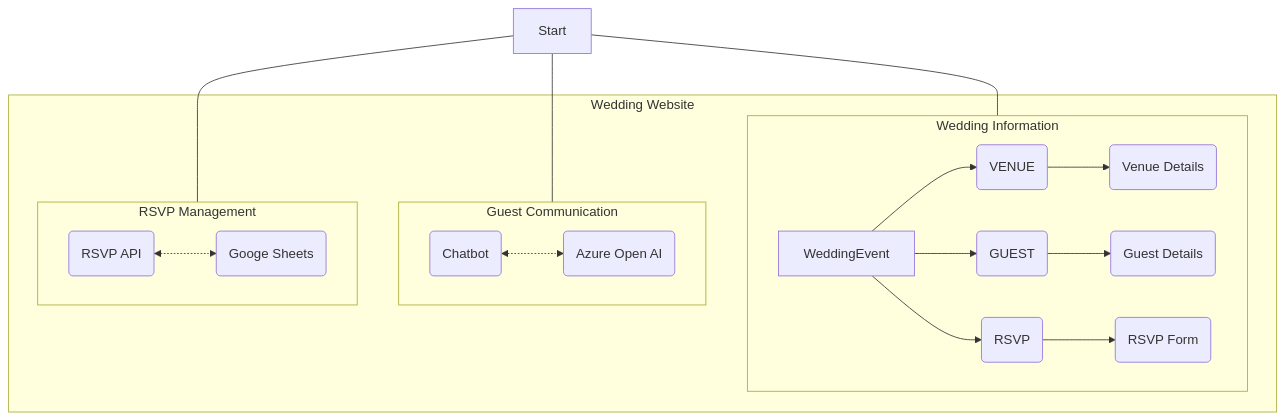
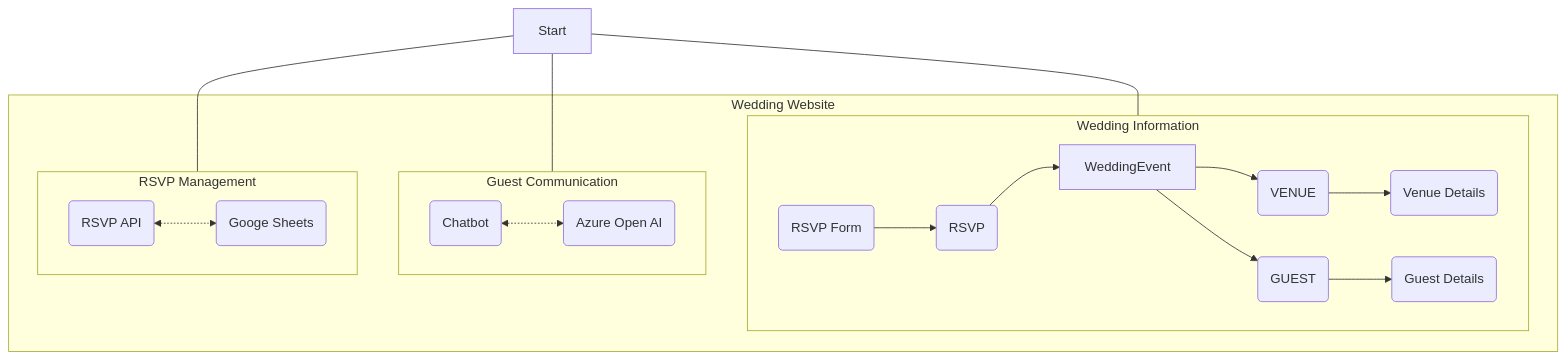
One commit to dylanlangston/langston-wedding.com changed the third of 4 diagrams in README.md. Above: the diagram before and after it, drawn with Mermaid. The commit also changed other lines of this file, not shown here.

````diff
--- a/README.md
+++ b/README.md
@@ -221,25 +230,27 @@
 ```mermaid
 flowchart TB
     Start --- subGraph0
     Start --- subGraph1
     Start --- subGraph2
     subgraph Wedding Information
         WeddingEvent --> VENUE("VENUE")
         WeddingEvent --> GUEST("GUEST")
-        WeddingEvent --> RSVP("RSVP")
+        RSVP("RSVP") --> WeddingEvent
         VENUE --> VenueDetails("Venue Details")
         GUEST --> GuestDetails("Guest Details")
-        RSVP --> RSVPForm("RSVP Form")
+        RSVPForm("RSVP Form") --> RSVP
+        RSVP ~~~ VENUE
+        RSVP ~~~ GUEST
     end
     subgraph Guest Communication
         Chatbot("Chatbot") <-.-> OpenAI("Azure Open AI")
     end
     subgraph RSVP Management
         RSVPAPI("RSVP API") <-.-> GoogleSheets("Googe Sheets")
     end
     subgraph Wedding Website
         subGraph0
         subGraph1
         subGraph2
     end
 ```
````
